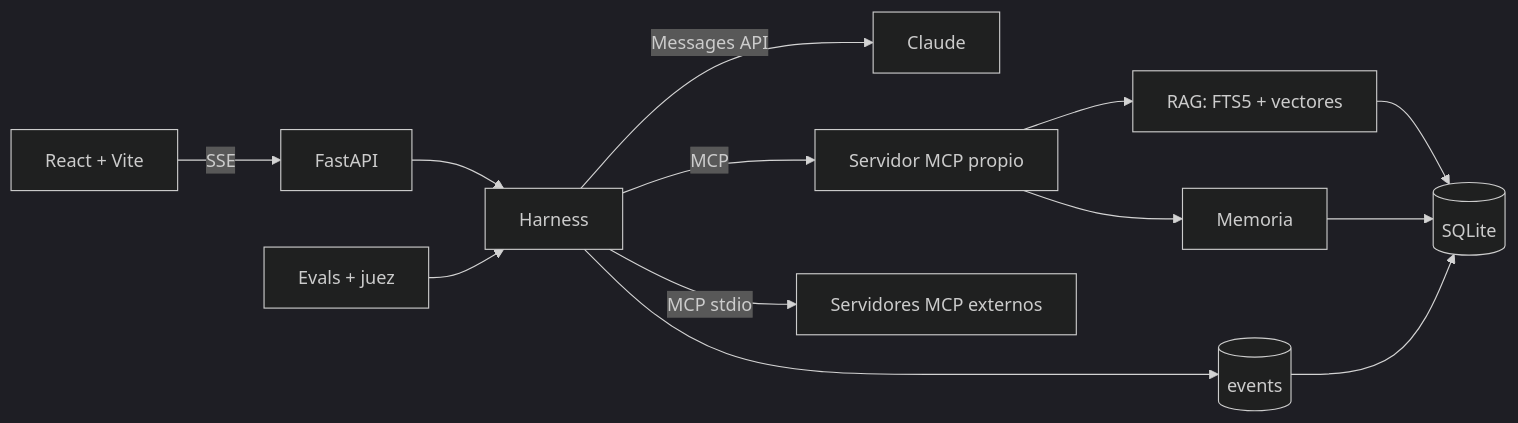
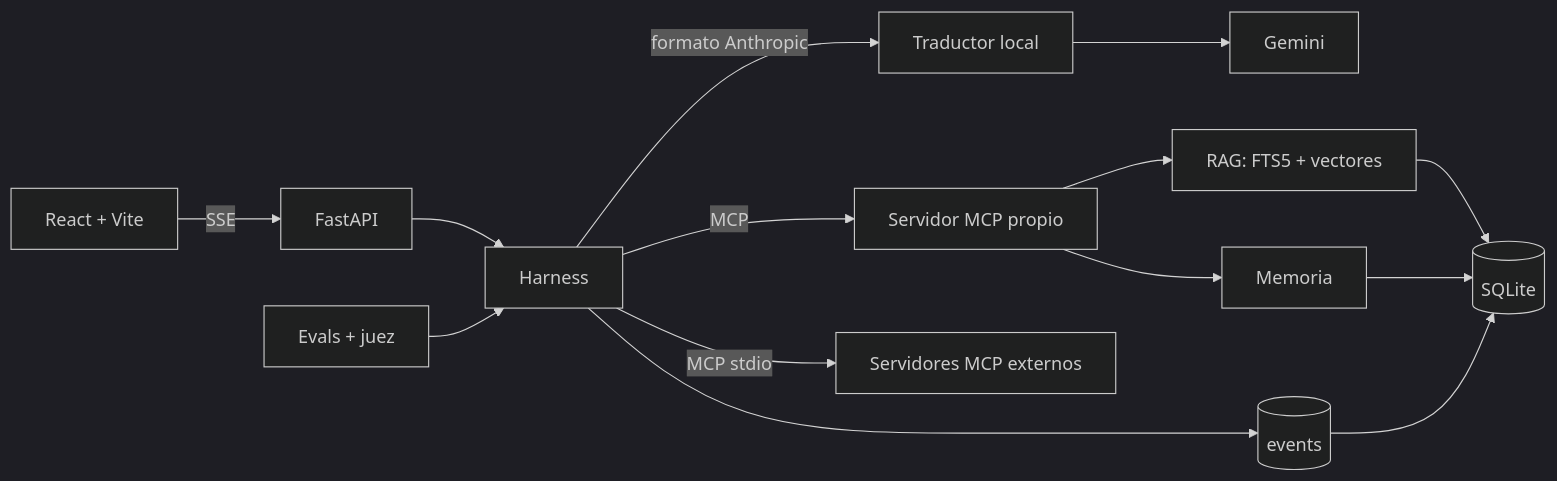
The diagram in README.md (JuanSGarciaC/cortex-agent), drawn with Mermaid (dark theme) before and after one commit. The commit also changed other lines of this file and 20 other files, not shown here.

````diff
--- a/README.md
+++ b/README.md
@@ -18,13 +18,14 @@
 ```mermaid
 flowchart LR
   UI[React + Vite] -- SSE --> API[FastAPI]
   API --> H[Harness]
-  H -- Messages API --> C[Claude]
+  H -- formato Anthropic --> P[Traductor local]
+  P --> C[Gemini]
   H -- MCP --> S[Servidor MCP propio]
   H -- MCP stdio --> X[Servidores MCP externos]
   S --> R[RAG: FTS5 + vectores]
   S --> M[Memoria]
   H --> E[(events)]
   EV[Evals + juez] --> H
   R & M & E --> DB[(SQLite)]
 ```
````
